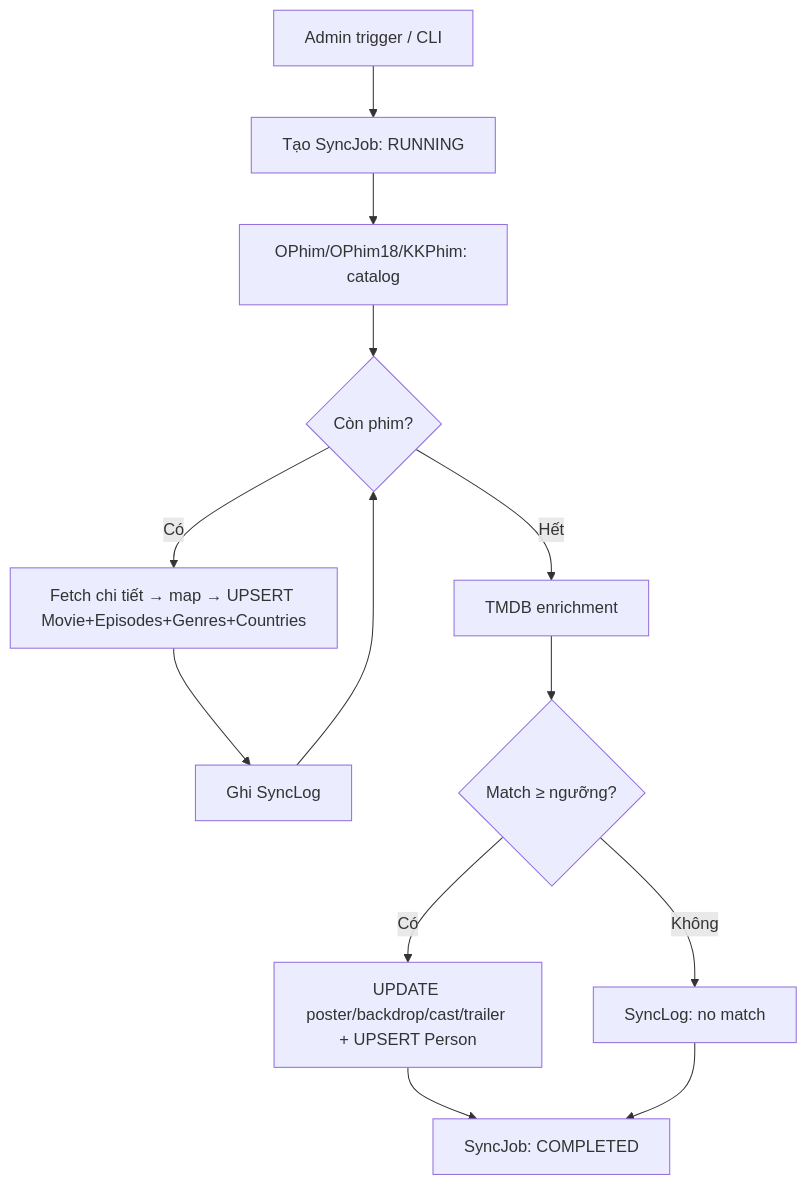
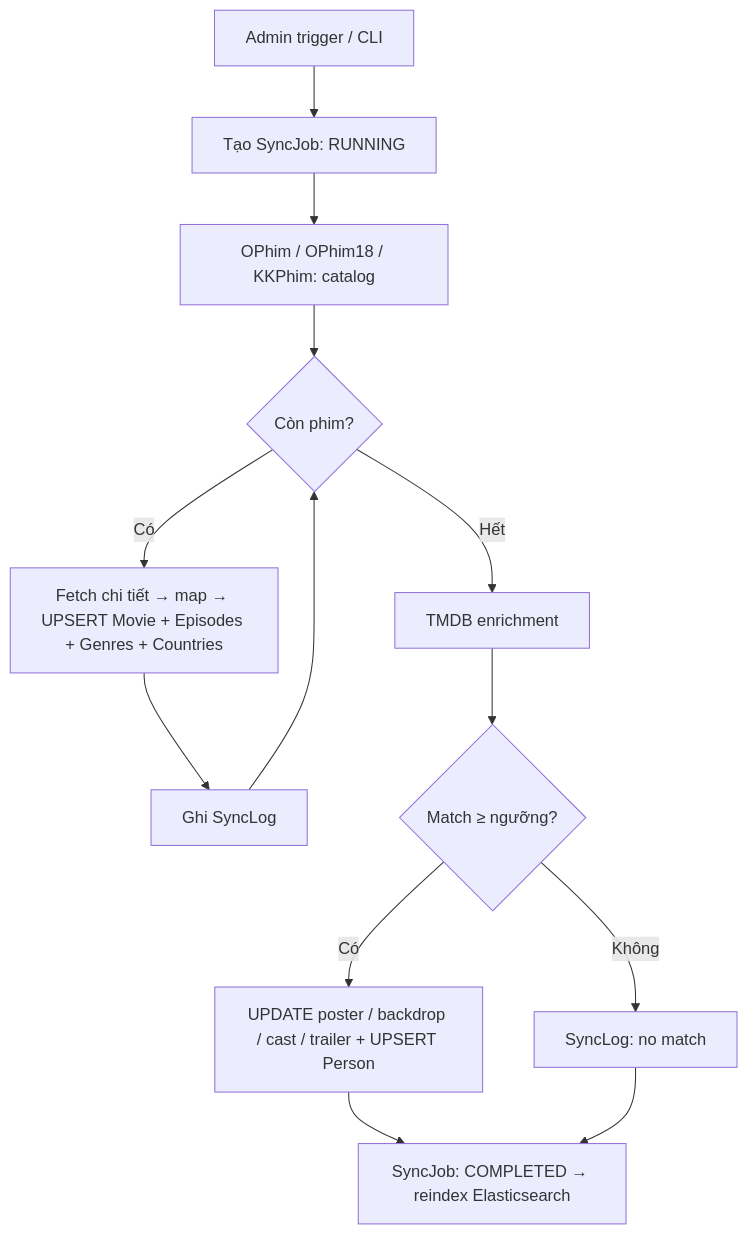
The ninth of 10 diagrams in README.md (Terence-0310/TERENCE), drawn with Mermaid before and after one commit. The commit also changed other lines of this file and 191 other files, not shown here.

````diff
--- a/README.md
+++ b/README.md
@@ -798,14 +772,14 @@
 ```mermaid
 flowchart TD
     A[Admin trigger / CLI] --> B[Tạo SyncJob: RUNNING]
-    B --> C[OPhim/OPhim18/KKPhim: catalog]
+    B --> C[OPhim / OPhim18 / KKPhim: catalog]
     C --> D{Còn phim?}
-    D -->|Có| E[Fetch chi tiết → map → UPSERT Movie+Episodes+Genres+Countries]
+    D -->|Có| E[Fetch chi tiết → map → UPSERT Movie + Episodes + Genres + Countries]
     E --> F[Ghi SyncLog] --> D
     D -->|Hết| G[TMDB enrichment]
     G --> H{Match ≥ ngưỡng?}
-    H -->|Có| I[UPDATE poster/backdrop/cast/trailer + UPSERT Person]
+    H -->|Có| I[UPDATE poster / backdrop / cast / trailer + UPSERT Person]
     H -->|Không| J[SyncLog: no match]
-    I --> K[SyncJob: COMPLETED]
+    I --> K[SyncJob: COMPLETED → reindex Elasticsearch]
     J --> K
 ```
````
